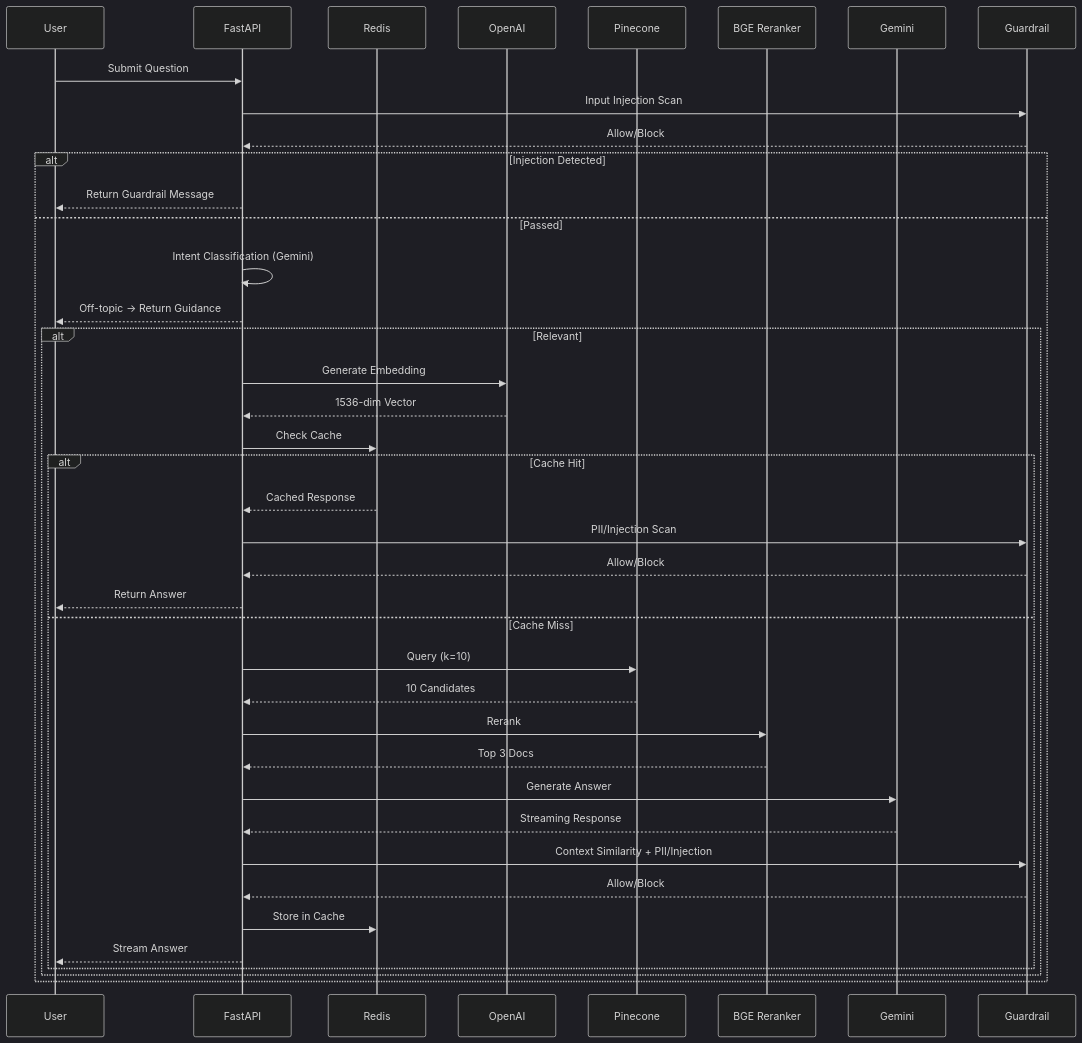
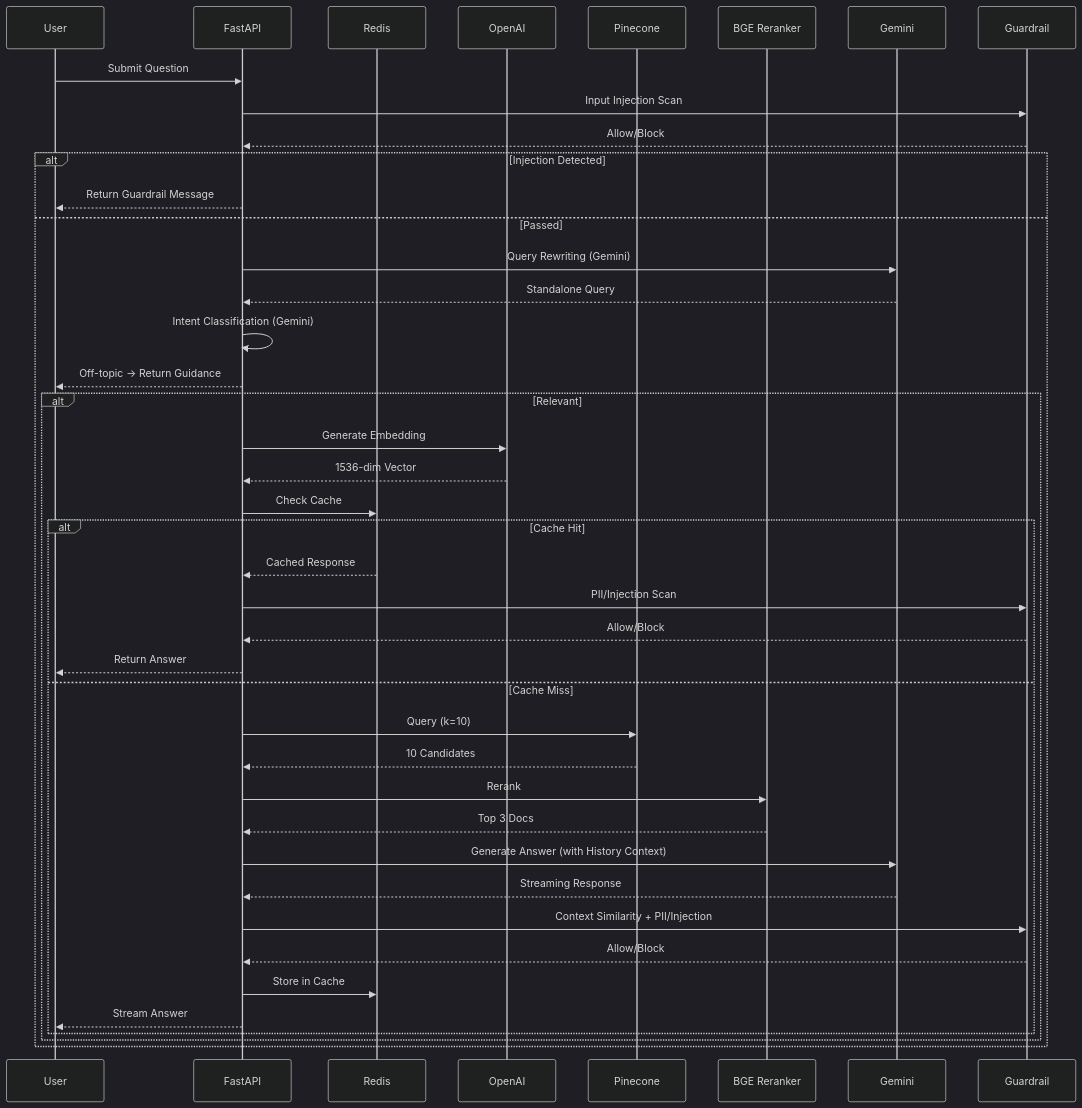
Before and after one commit to albertkingdom/rag-chatbot-demo: the fourth of 4 diagrams in architecture.md, drawn with Mermaid (dark theme). The commit also changed other lines of this file and 2 other files, not shown here.

````diff
--- a/architecture.md
+++ b/architecture.md
@@ -164,46 +168,48 @@
 ```mermaid
 sequenceDiagram
     participant U as User
     participant F as FastAPI
     participant R as Redis
     participant O as OpenAI
     participant P as Pinecone
     participant B as BGE Reranker
     participant G as Gemini
     participant GR as Guardrail
 
     U->>F: Submit Question
     F->>GR: Input Injection Scan
     GR-->>F: Allow/Block
 
     alt Injection Detected
         F-->>U: Return Guardrail Message
     else Passed
+        F->>G: Query Rewriting (Gemini)
+        G-->>F: Standalone Query
         F->>F: Intent Classification (Gemini)
         F-->>U: Off-topic → Return Guidance
 
         alt Relevant
             F->>O: Generate Embedding
             O-->>F: 1536-dim Vector
             F->>R: Check Cache
 
             alt Cache Hit
                 R-->>F: Cached Response
                 F->>GR: PII/Injection Scan
                 GR-->>F: Allow/Block
                 F-->>U: Return Answer
             else Cache Miss
                 F->>P: Query (k=10)
                 P-->>F: 10 Candidates
                 F->>B: Rerank
                 B-->>F: Top 3 Docs
-                F->>G: Generate Answer
+                F->>G: Generate Answer (with History Context)
                 G-->>F: Streaming Response
                 F->>GR: Context Similarity + PII/Injection
                 GR-->>F: Allow/Block
                 F->>R: Store in Cache
                 F-->>U: Stream Answer
             end
         end
     end
 ```
````
